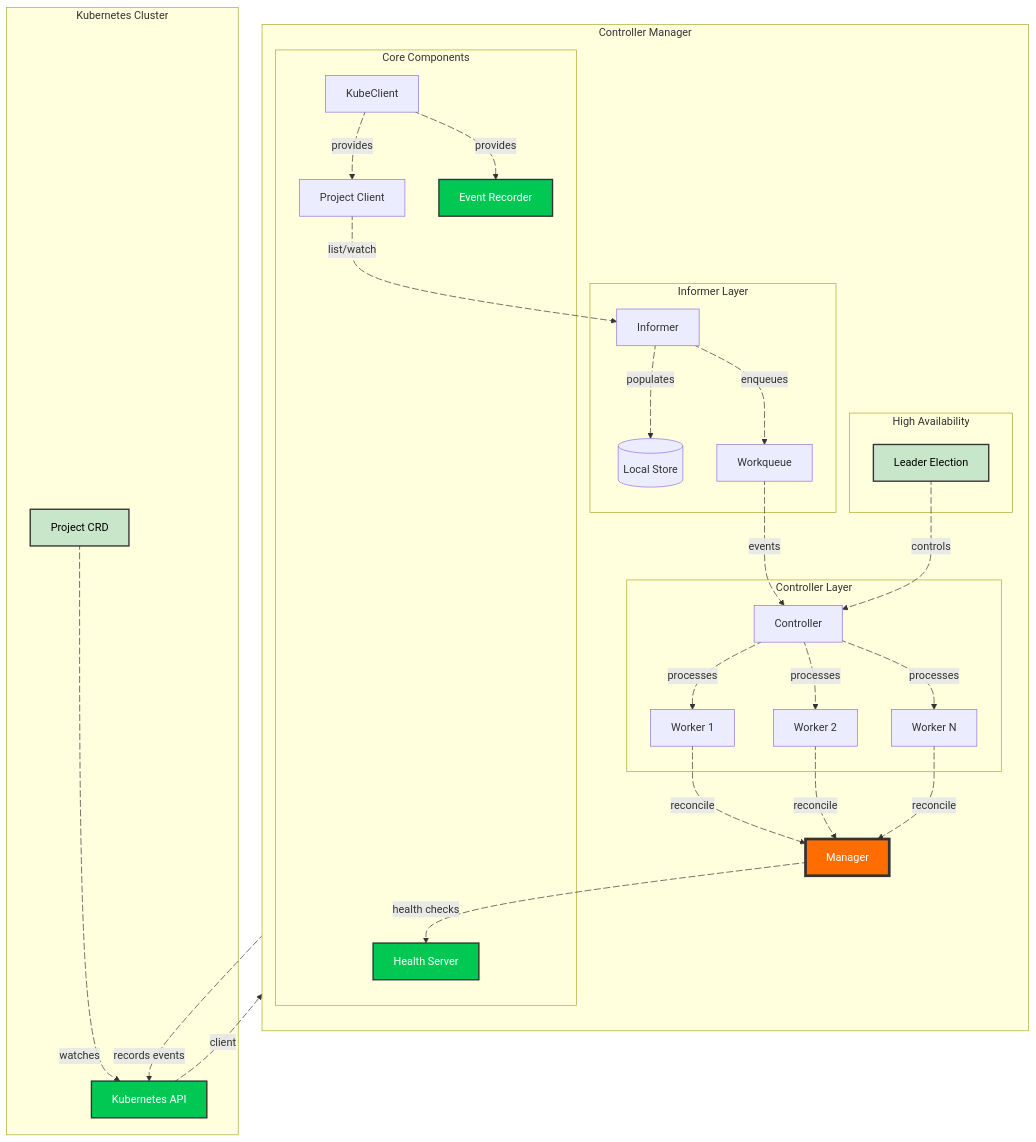
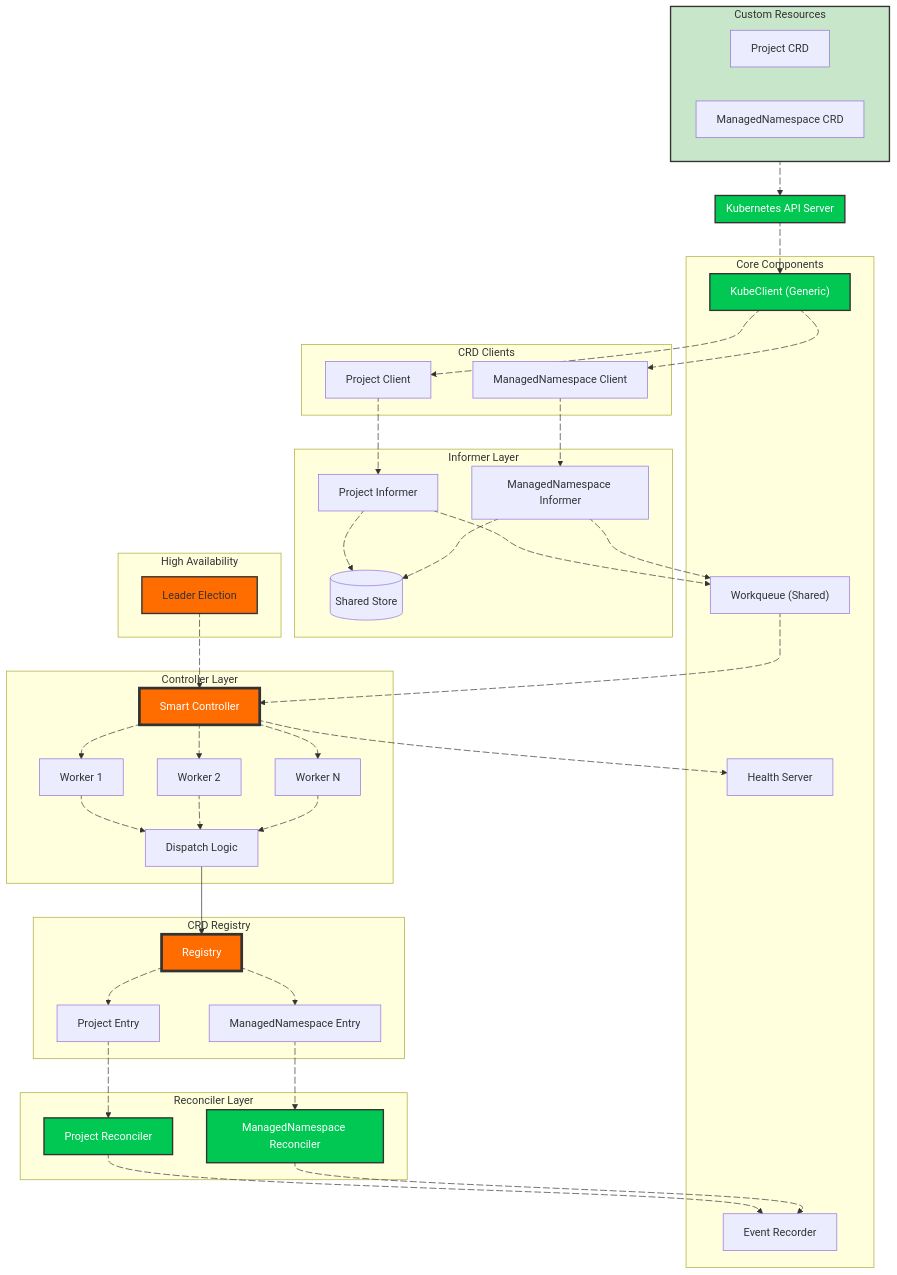
One commit to iAlexeze/kubernetes-crd-example changed the diagram in README.md. Above: the diagram before and after it, drawn with Mermaid. The commit also changed other lines of this file and 21 other files, not shown here.

````diff
--- a/README.md
+++ b/README.md
@@ -24,74 +22,97 @@
 ```mermaid
 flowchart TB
- subgraph subGraph0["Kubernetes Cluster"]
-        CRD["Project CRD"]
-        API["Kubernetes API"]
+ subgraph CRDs["Custom Resources"]
+        P["Project CRD"]
+        M["ManagedNamespace CRD"]
   end
- subgraph subGraph1["Core Components"]
+ subgraph API["Kubernetes API Server"]
+  end
+ subgraph Core["Core Components"]
+        KC["KubeClient (Generic)"]
+        EV["Event Recorder"]
         HS["Health Server"]
-        KC["KubeClient"]
-        EV["Event Recorder"]
+        WQ["Workqueue (Shared)"]
+  end
+ subgraph Clients["CRD Clients"]
         PC["Project Client"]
+        MC["ManagedNamespace Client"]
   end
- subgraph subGraph2["Informer Layer"]
-        I["Informer"]
-        S[("Local Store")]
-        Q["Workqueue"]
+ subgraph Informers["Informer Layer"]
+        PI["Project Informer"]
+        MI["ManagedNamespace Informer"]
+        STORE[("Shared Store")]
   end
- subgraph subGraph3["Controller Layer"]
-        C["Controller"]
+ subgraph Registry["CRD Registry"]
+        REG["Registry"]
+        R1["Project Entry"]
+        R2["ManagedNamespace Entry"]
+  end
+ subgraph Controller["Controller Layer"]
+        C["Smart Controller"]
         W1["Worker 1"]
         W2["Worker 2"]
         W3["Worker N"]
+        DISPATCH["Dispatch Logic"]
   end
- subgraph subGraph4["High Availability"]
+ subgraph HA["High Availability"]
         LE["Leader Election"]
   end
- subgraph subGraph5["Controller Manager"]
-    direction TB
-        M["Manager"]
-        subGraph1
-        subGraph2
-        subGraph3
-        subGraph4
+ subgraph Reconcilers["Reconciler Layer"]
+        PR["Project Reconciler"]
+        MR["ManagedNamespace Reconciler"]
   end
-    CRD L_CRD_API_0@-- watches --> API
-    API L_API_KC_0@-- client --> KC
-    KC L_KC_PC_0@-- provides --> PC & EV
-    PC L_PC_I_0@-- list/watch --> I
-    I L_I_S_0@-- populates --> S
-    I L_I_Q_0@-- enqueues --> Q
-    Q L_Q_C_0@-- events --> C
-    C L_C_W1_0@-- processes --> W1 & W2 & W3
-    W1 L_W1_M_0@-- reconcile --> M
-    W2 L_W2_M_0@-- reconcile --> M
-    W3 L_W3_M_0@-- reconcile --> M
-    M L_M_HS_0@-- health checks --> HS
-    LE L_LE_C_0@-- controls --> C
-    EV L_EV_API_0@-- records events --> API
+    CRDs L_CRDs_API_0@--> API
+    API L_API_KC_0@--> KC
+    KC L_KC_PC_0@--> PC & MC
+    PC L_PC_PI_0@--> PI
+    MC L_MC_MI_0@--> MI
+    PI L_PI_STORE_0@--> STORE & WQ
+    MI L_MI_STORE_0@--> STORE & WQ
+    WQ L_WQ_C_0@--> C
+    C L_C_W1_0@--> W1 & W2 & W3 & HS
+    W1 L_W1_DISPATCH_0@--> DISPATCH
+    W2 L_W2_DISPATCH_0@--> DISPATCH
+    W3 L_W3_DISPATCH_0@--> DISPATCH
+    DISPATCH --> REG
+    REG L_REG_R1_0@--> R1 & R2
+    R1 L_R1_PR_0@--> PR
+    R2 L_R2_MR_0@--> MR
+    PR L_PR_EV_0@--> EV
+    MR L_MR_EV_0@--> EV
+    LE L_LE_C_0@--> C
 
-    style CRD fill:#C8E6C9,stroke:#333,stroke-width:2px,color:#000000
+    style KC fill:#00C853,stroke:#333,stroke-width:2px,color:#FFFFFF
+    style REG fill:#FF6D00,stroke:#333,stroke-width:4px,color:#FFFFFF
+    style C fill:#FF6D00,stroke:#333,stroke-width:4px,color:#FFFFFF
+    style LE fill:#FF6D00,stroke:#333,stroke-width:2px,color:none
+    style PR fill:#00C853,stroke:#333,stroke-width:2px,color:#FFFFFF
+    style MR fill:#00C853,stroke:#333,stroke-width:2px,color:#FFFFFF
+    style CRDs fill:#C8E6C9,stroke:#333,stroke-width:2px
     style API fill:#00C853,stroke:#333,stroke-width:2px,color:#FFFFFF
-    style HS fill:#00C853,stroke:#333,stroke-width:2px,color:#FFFFFF
-    style EV fill:#00C853,stroke:#333,stroke-width:2px,color:#FFFFFF
-    style LE fill:#C8E6C9,stroke:#333,stroke-width:2px,color:#000000
-    style M fill:#FF6D00,stroke:#333,stroke-width:4px,color:#FFFFFF
 
-    L_CRD_API_0@{ animation: fast } 
+    L_CRDs_API_0@{ animation: fast } 
     L_API_KC_0@{ animation: fast } 
     L_KC_PC_0@{ animation: fast } 
-    L_KC_EV_0@{ animation: fast } 
-    L_PC_I_0@{ animation: fast } 
-    L_I_S_0@{ animation: fast } 
-    L_I_Q_0@{ animation: fast } 
-    L_Q_C_0@{ animation: fast } 
+    L_KC_MC_0@{ animation: fast } 
+    L_PC_PI_0@{ animation: fast } 
+    L_MC_MI_0@{ animation: fast } 
+    L_PI_STORE_0@{ animation: fast } 
+    L_PI_WQ_0@{ animation: fast } 
+    L_MI_STORE_0@{ animation: fast } 
+    L_MI_WQ_0@{ animation: fast } 
+    L_WQ_C_0@{ animation: fast } 
     L_C_W1_0@{ animation: fast } 
     L_C_W2_0@{ animation: fast } 
     L_C_W3_0@{ animation: fast } 
-    L_W1_M_0@{ animation: fast } 
-    L_W2_M_0@{ animation: fast } 
-    L_W3_M_0@{ animation: fast } 
-    L_M_HS_0@{ animation: fast } 
-    L_LE_C_0@{ animation: fast } 
-    L_EV_API_0@{ animation: fast }
+    L_C_HS_0@{ animation: fast } 
+    L_W1_DISPATCH_0@{ animation: fast } 
+    L_W2_DISPATCH_0@{ animation: fast } 
+    L_W3_DISPATCH_0@{ animation: fast } 
+    L_REG_R1_0@{ animation: fast } 
+    L_REG_R2_0@{ animation: fast } 
+    L_R1_PR_0@{ animation: fast } 
+    L_R2_MR_0@{ animation: fast } 
+    L_PR_EV_0@{ animation: fast } 
+    L_MR_EV_0@{ animation: fast } 
+    L_LE_C_0@{ animation: fast }
 ```
````
